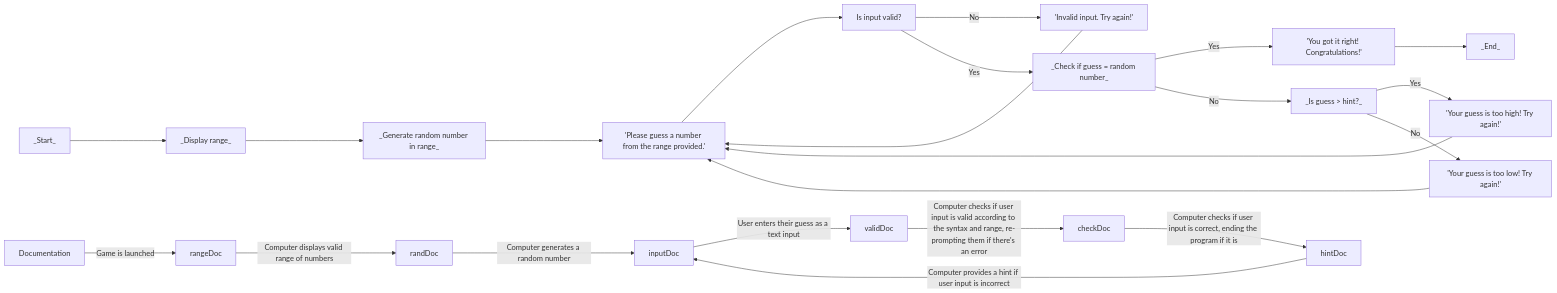
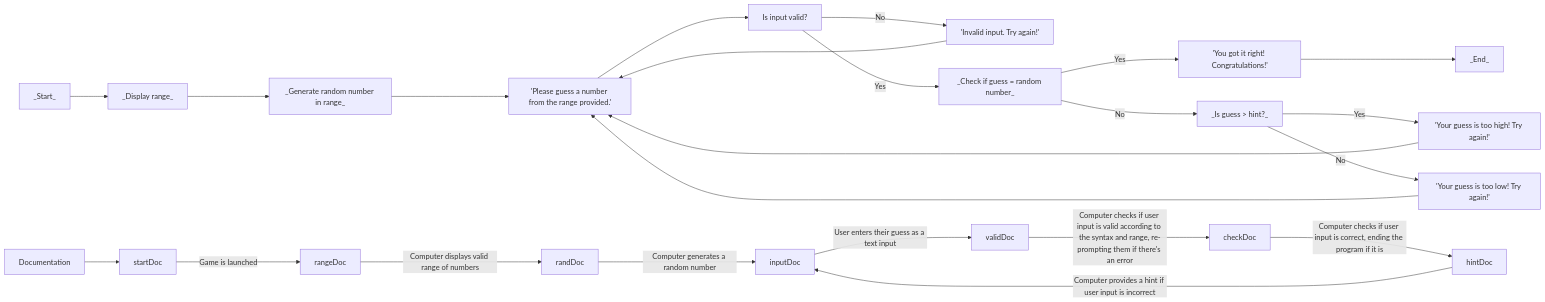
The diagram in Guessing.md (rfk-waketech/rfk-waketech.github.io), drawn with Mermaid before and after one commit.

````diff
--- a/Guessing.md
+++ b/Guessing.md
@@ -1,16 +1,16 @@
 ```mermaid
 flowchart LR
 _Start_ --> Range[_Display range_]
 Range --> Rand[_Generate random number in range_]
 Rand --> Input['Please guess a number from the range provided.']
 Input --> Valid[Is input valid?]
 Valid --> |No| Error['Invalid input. Try again!'] --> Input
 Valid --> |Yes| Check[_Check if guess = random number_]
 Check --> |Yes| End['You got it right! Congratulations!'] --> _End_
 Check --> |No| Hint[_Is guess > hint?_]
 Hint --> |Yes| High['Your guess is too high! Try again!'] --> Input
 Hint --> |No| Low['Your guess is too low! Try again!'] --> Input
 
-%% Documentation --> rangeDoc --> randDoc --> inputDoc --> validDoc --> checkDoc --> hintDoc
-Documentation -- Game is launched --> rangeDoc -- Computer displays valid range of numbers --> randDoc -- Computer generates a random number --> inputDoc -- User enters their guess as a text input --> validDoc -- Computer checks if user input is valid according to the syntax and range, re-prompting them if there's an error --> checkDoc -- Computer checks if user input is correct, ending the program if it is --> hintDoc -- Computer provides a hint if user input is incorrect --> inputDoc
+%% Documentation --> startDoc --> rangeDoc --> randDoc --> inputDoc --> validDoc --> checkDoc --> hintDoc
+Documentation --> startDoc -- Game is launched --> rangeDoc -- Computer displays valid range of numbers --> randDoc -- Computer generates a random number --> inputDoc -- User enters their guess as a text input --> validDoc -- Computer checks if user input is valid according to the syntax and range, re-prompting them if there's an error --> checkDoc -- Computer checks if user input is correct, ending the program if it is --> hintDoc -- Computer provides a hint if user input is incorrect --> inputDoc
 ```
````
